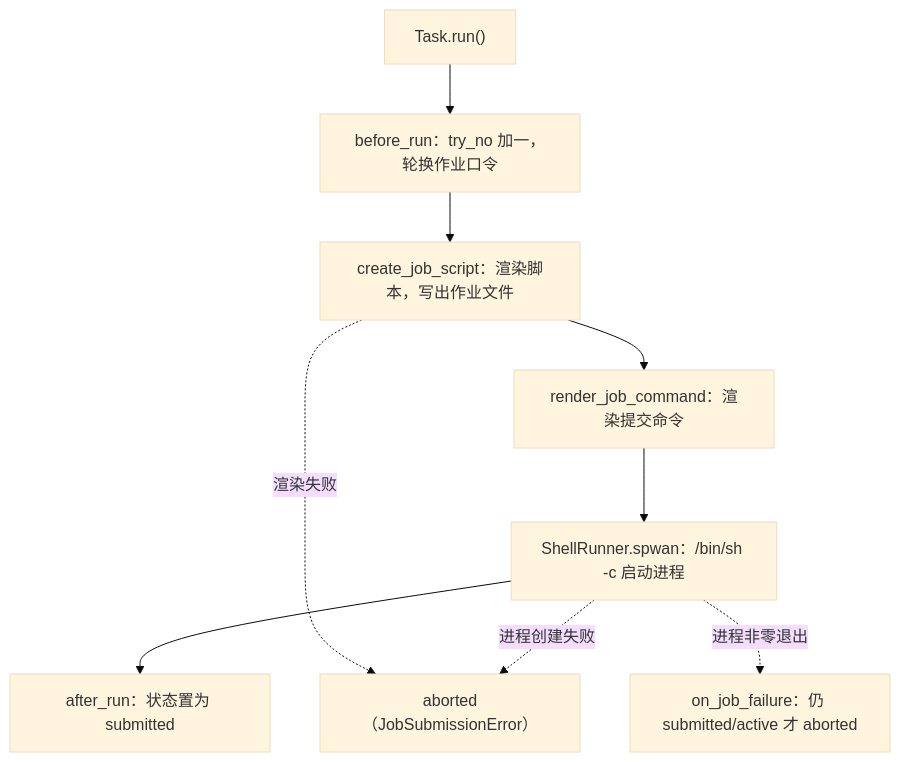
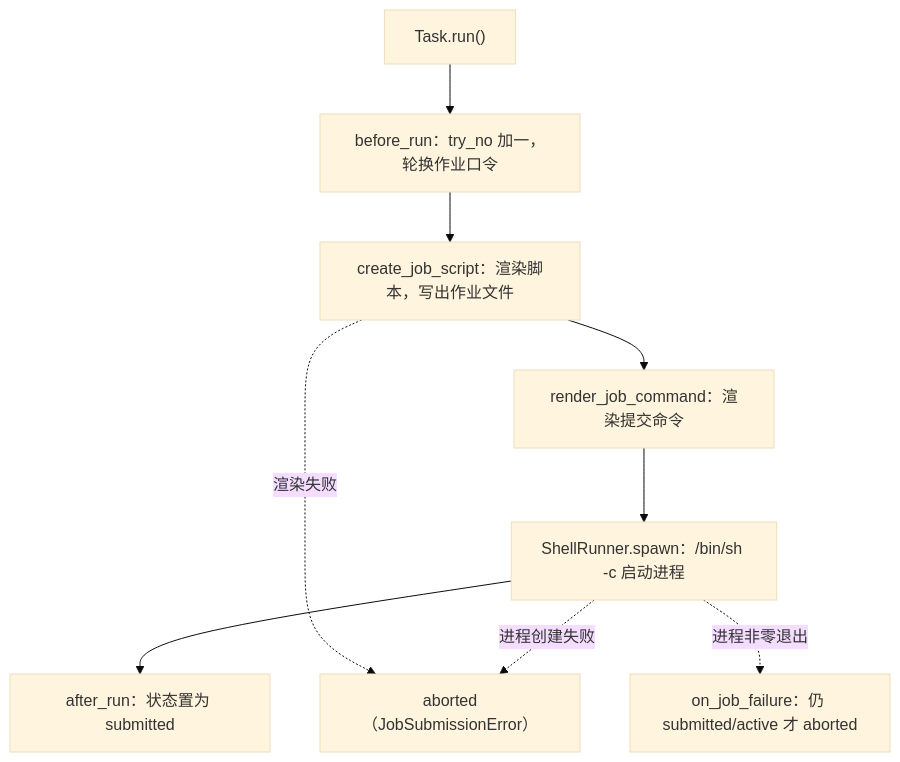
One commit to cemc-oper/takler changed the diagram in doc/source/guide/job-management.rst. Above: the diagram before and after it, drawn with Mermaid (base theme). The commit also changed other lines of this file and 5 other files, not shown here.

```diff
--- a/doc/source/guide/job-management.rst
+++ b/doc/source/guide/job-management.rst
@@ -17,11 +17,11 @@
 .. mermaid::
 
     flowchart TD
         run["Task.run()"] --> before["before_run：try_no 加一，轮换作业口令"]
         before --> create["create_job_script：渲染脚本，写出作业文件"]
         create --> cmd["render_job_command：渲染提交命令"]
-        cmd --> spawn["ShellRunner.spwan：/bin/sh -c 启动进程"]
+        cmd --> spawn["ShellRunner.spawn：/bin/sh -c 启动进程"]
         spawn --> submitted["after_run：状态置为 submitted"]
         create -.->|渲染失败| abort1["aborted（JobSubmissionError）"]
         spawn -.->|进程创建失败| abort1
         spawn -.->|进程非零退出| fail["on_job_failure：仍 submitted/active 才 aborted"]
```
